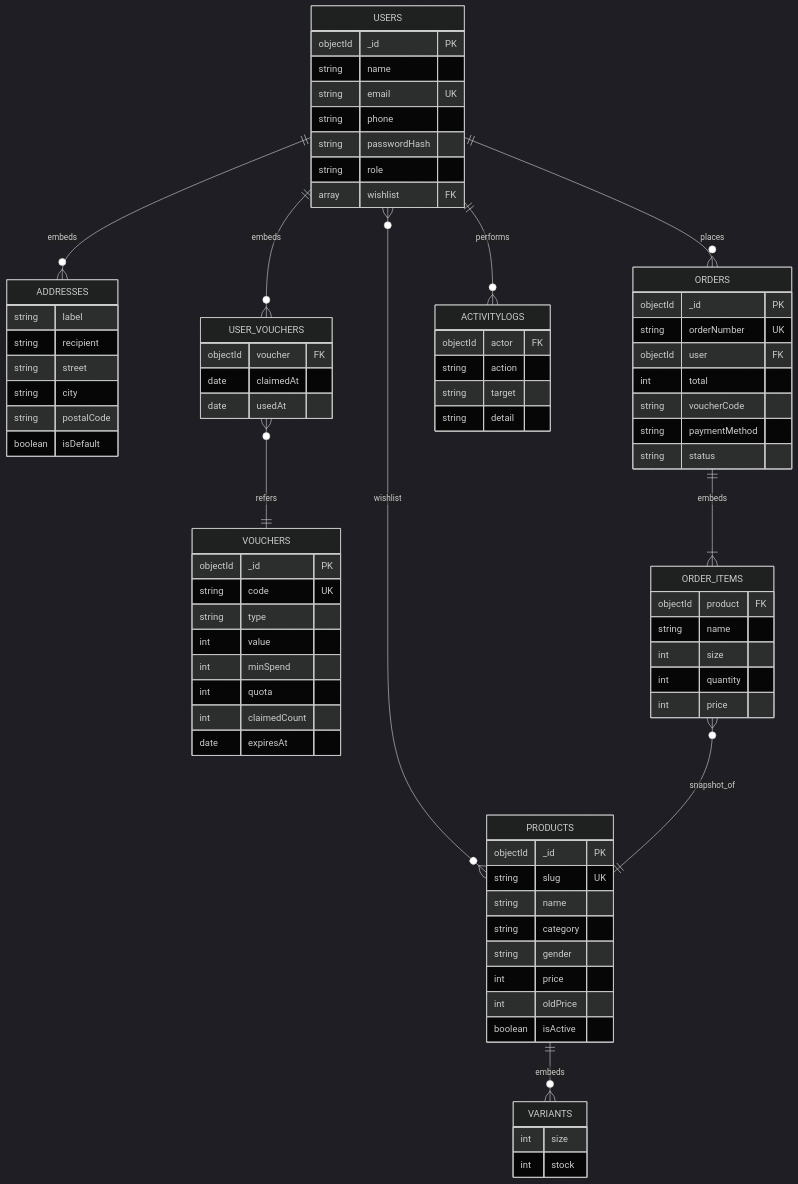
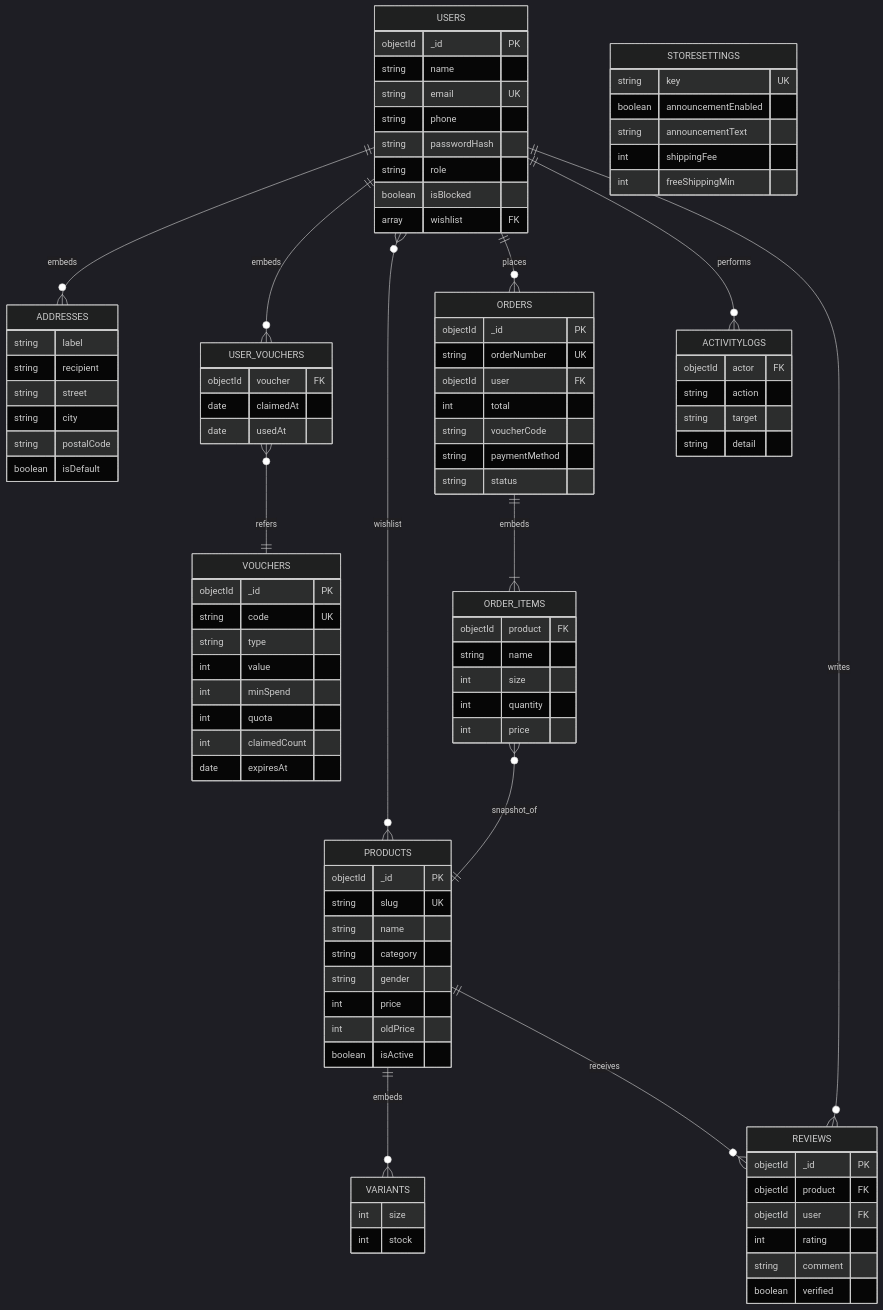
The diagram in README.md (ThareeqZiadRamadhan/rythm-store), drawn with Mermaid (dark theme) before and after one commit. The commit also changed other lines of this file, not shown here.

Commit message:
Pencarian produk, ulasan, dan update README

```diff
--- a/README.md
+++ b/README.md
@@ -54,6 +58,8 @@
   ORDERS ||--|{ ORDER_ITEMS : embeds
   ORDER_ITEMS }o--|| PRODUCTS : snapshot_of
   USERS ||--o{ ACTIVITYLOGS : performs
+  USERS ||--o{ REVIEWS : writes
+  PRODUCTS ||--o{ REVIEWS : receives
 
   USERS {
     objectId _id PK
@@ -62,6 +68,7 @@
     string phone
     string passwordHash
     string role
+    boolean isBlocked
     array wishlist FK
   }
   ADDRESSES {
@@ -123,4 +130,19 @@
     string target
     string detail
   }
+  REVIEWS {
+    objectId _id PK
+    objectId product FK
+    objectId user FK
+    int rating
+    string comment
+    boolean verified
+  }
+  STORESETTINGS {
+    string key UK
+    boolean announcementEnabled
+    string announcementText
+    int shippingFee
+    int freeShippingMin
+  }
 ~~~
```
